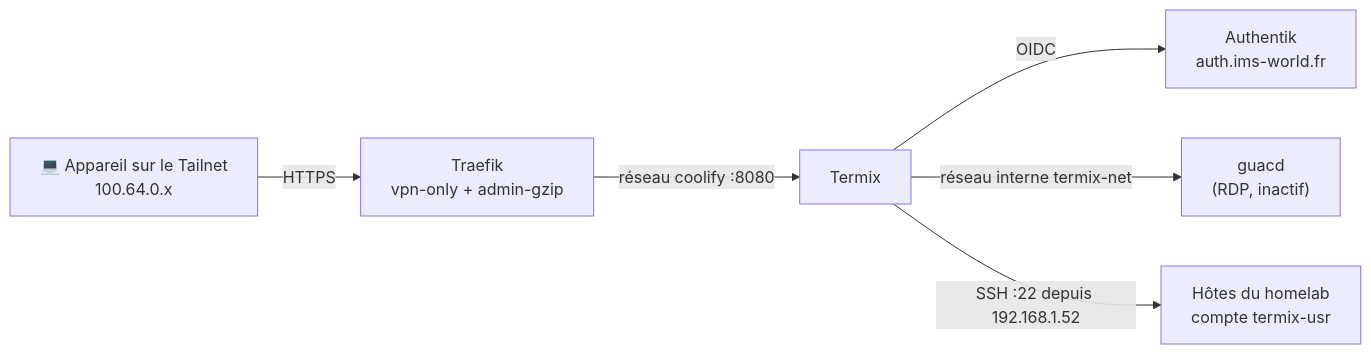
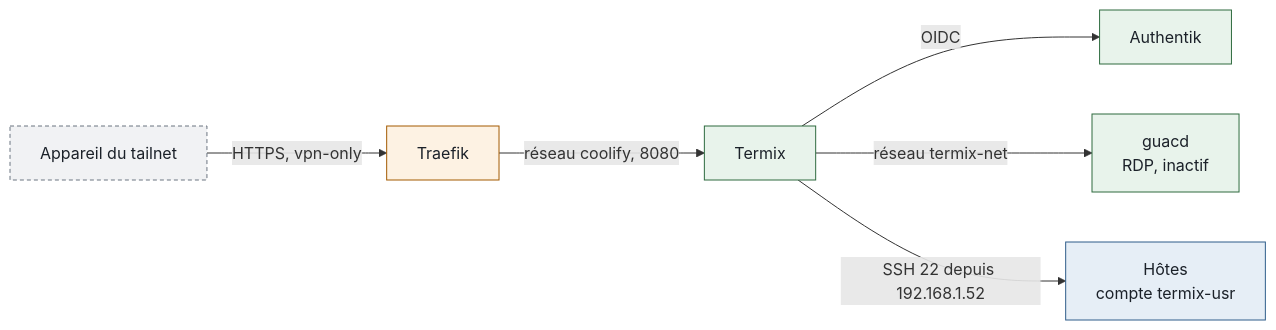
One commit to ims-world/docs changed the diagram in services/termix.md. Above: the diagram before and after it, drawn with Mermaid. The commit also changed other lines of this file and 17 other files, not shown here.

````diff
--- a/services/termix.md
+++ b/services/termix.md
@@ -63,8 +43,16 @@
 ```mermaid
 flowchart LR
-    CLIENT["💻 Appareil sur le Tailnet<br/>100.64.0.x"] -->|HTTPS| TRAEFIK["Traefik<br/>vpn-only + admin-gzip"]
-    TRAEFIK -->|"réseau coolify :8080"| TERMIX["Termix"]
-    TERMIX -->|OIDC| AUTHENTIK["Authentik<br/>auth.ims-world.fr"]
-    TERMIX -->|"réseau interne termix-net"| GUACD["guacd<br/>(RDP, inactif)"]
-    TERMIX -->|"SSH :22 depuis 192.168.1.52"| HOSTS["Hôtes du homelab<br/>compte termix-usr"]
+  client[Appareil du tailnet] -->|HTTPS, vpn-only| traefik[Traefik]
+  traefik -->|réseau coolify, 8080| termix[Termix]
+  termix -->|OIDC| authentik[Authentik]
+  termix -->|réseau termix-net| guacd[guacd<br/>RDP, inactif]
+  termix -->|SSH 22 depuis 192.168.1.52| hotes[Hôtes<br/>compte termix-usr]
+  class client externe
+  class traefik reseau
+  class termix,authentik,guacd service
+  class hotes hote
+  classDef hote fill:#e6eef6,stroke:#2f5d8a,color:#1b2129
+  classDef service fill:#e8f3eb,stroke:#2e6b3f,color:#1b2129
+  classDef reseau fill:#fdf2e3,stroke:#a35a00,color:#1b2129
+  classDef externe fill:#f1f2f4,stroke:#6b7480,color:#1b2129,stroke-dasharray:4 3
 ```
````
